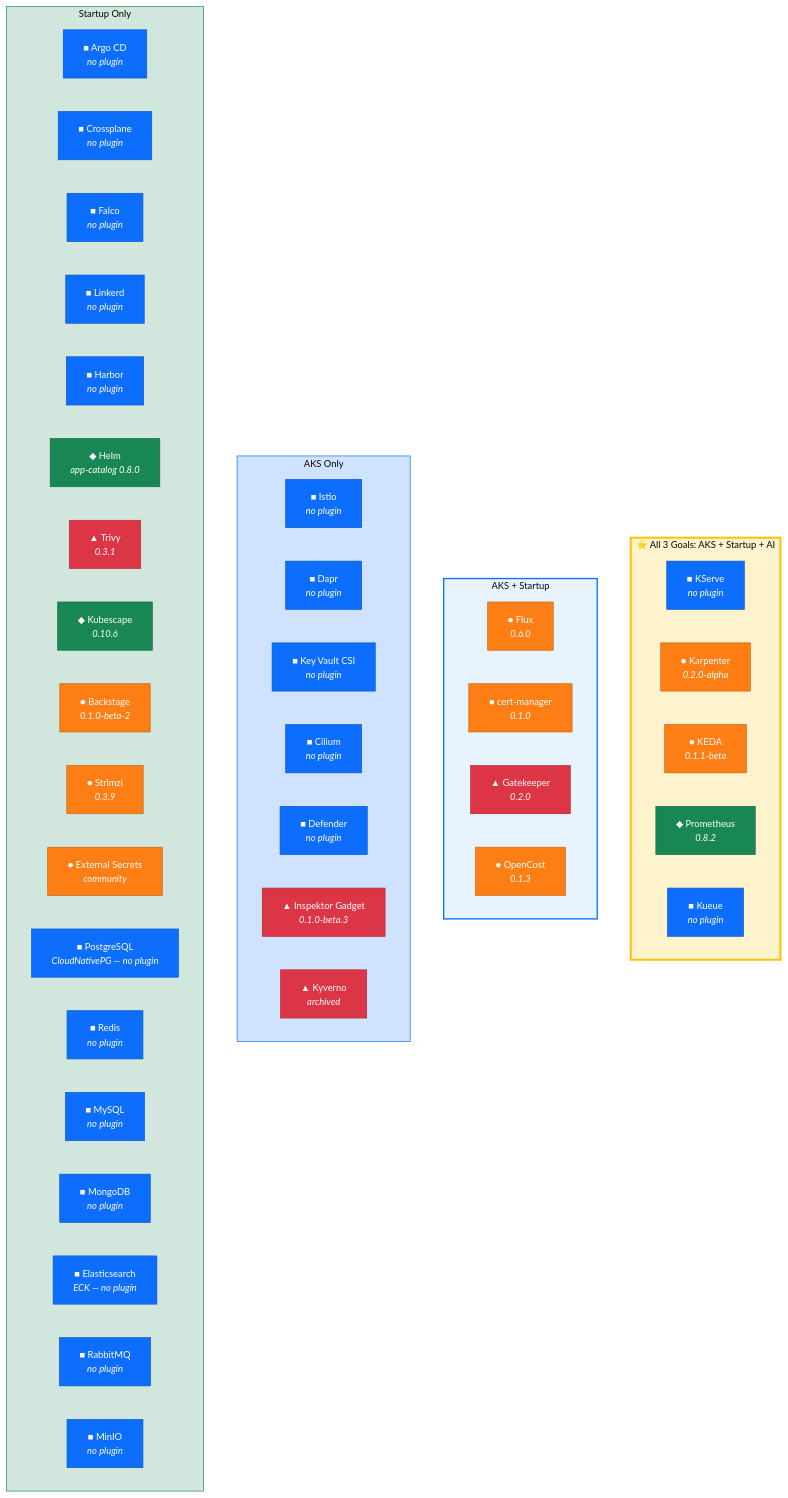
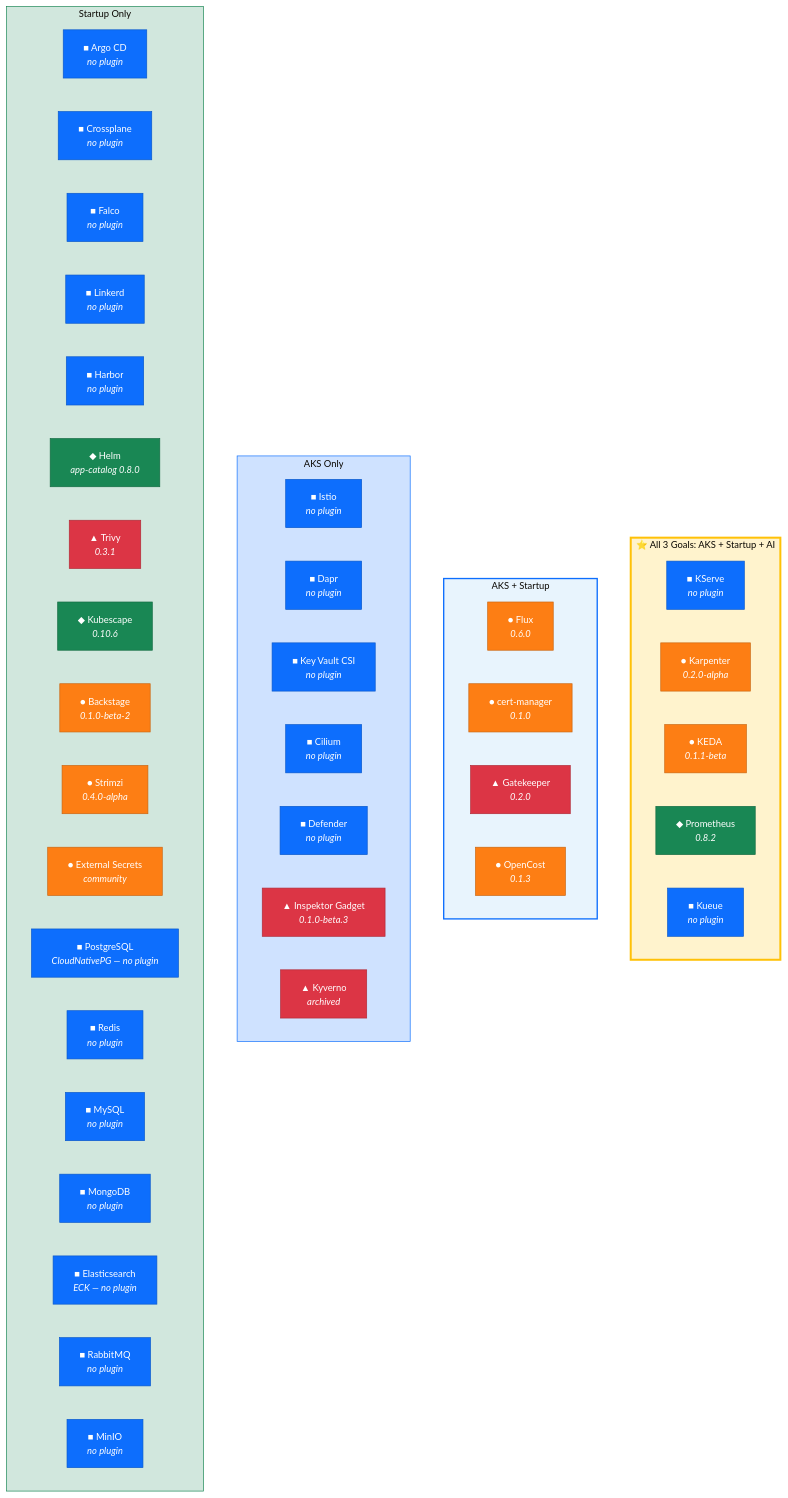
The second of 3 diagrams in docs/development/aks-features-report.md (illume/headlamp), drawn with Mermaid before and after one commit. The commit also changed other lines of this file, not shown here.

```diff
--- a/docs/development/aks-features-report.md
+++ b/docs/development/aks-features-report.md
@@ -516,7 +516,7 @@
         P_trivy["▲ Trivy<br/><i>0.3.1</i>"]
         P_kubescape["◆ Kubescape<br/><i>0.10.6</i>"]
         P_backstage["● Backstage<br/><i>0.1.0-beta-2</i>"]
-        P_strimzi["● Strimzi<br/><i>0.3.9</i>"]
+        P_strimzi["● Strimzi<br/><i>0.4.0-alpha</i>"]
         P_extsecrets["● External Secrets<br/><i>community</i>"]
         P_postgres["■ PostgreSQL<br/><i>CloudNativePG — no plugin</i>"]
         P_redis["■ Redis<br/><i>no plugin</i>"]
```
